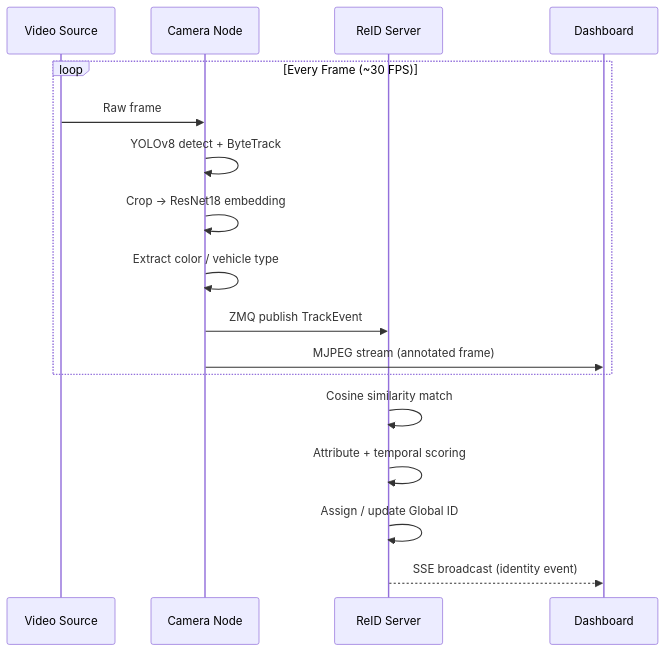
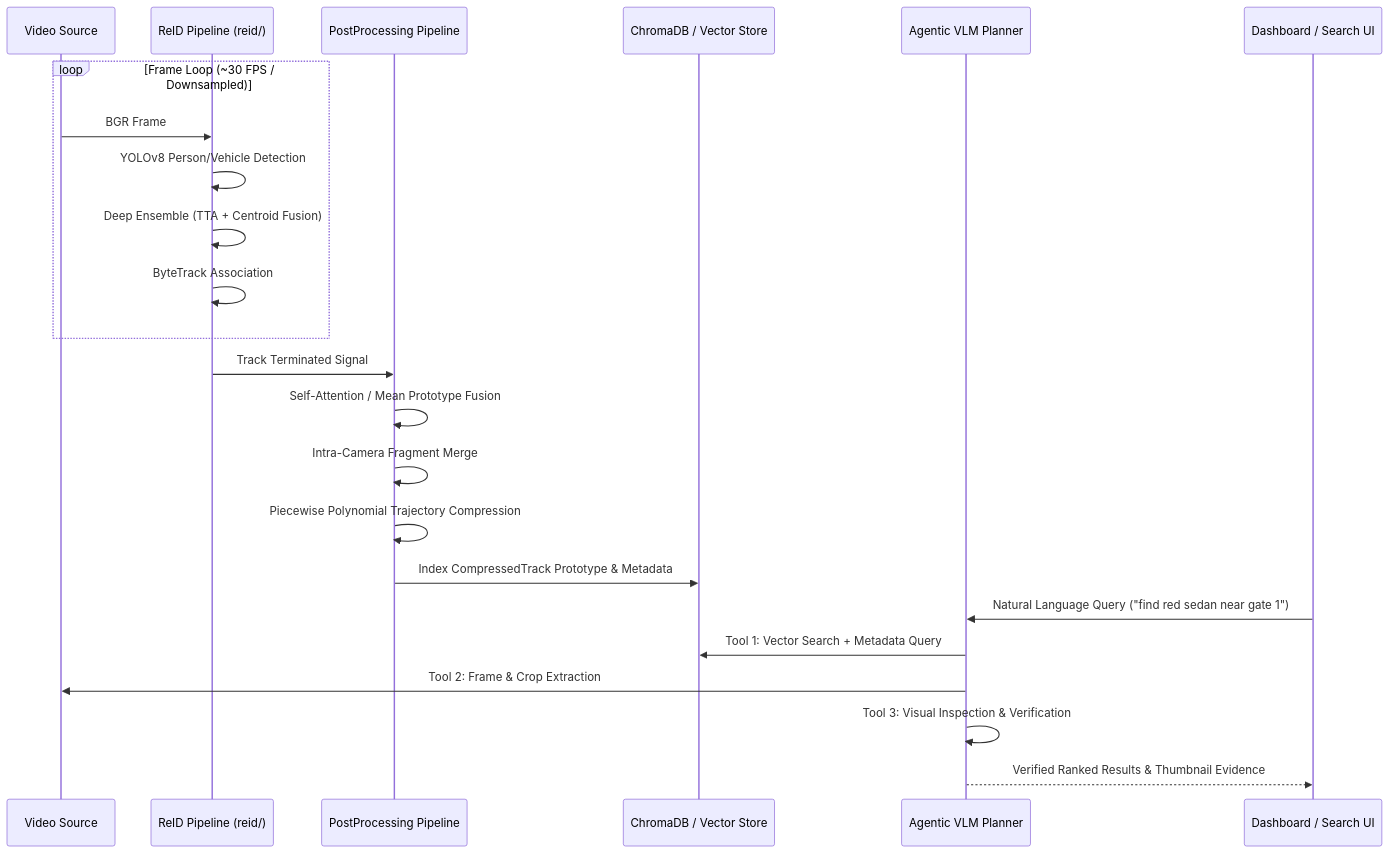
The second of 2 diagrams in README.md (arjunmnath/TrafficVizCore), drawn with Mermaid before and after one commit. The commit also changed other lines of this file and 15 other files, not shown here.

Commit message:
refactor query inference pipeline to be agentic

````diff
--- a/README.md
+++ b/README.md
@@ -41,21 +52,28 @@
 ```mermaid
 sequenceDiagram
     participant V as Video Source
-    participant C as Camera Node
-    participant R as ReID Server
-    participant D as Dashboard
+    participant P as ReID Pipeline (reid/)
+    participant PP as PostProcessing Pipeline
+    participant DB as ChromaDB / Vector Store
+    participant AG as Agentic VLM Planner
+    participant UI as Dashboard / Search UI
 
-    loop Every Frame (~30 FPS)
-        V->>C: Raw frame
-        C->>C: YOLOv8 detect + ByteTrack
-        C->>C: Crop → ResNet18 embedding
-        C->>C: Extract color / vehicle type
-        C->>R: ZMQ publish TrackEvent
-        C->>D: MJPEG stream (annotated frame)
+    loop Frame Loop (~30 FPS / Downsampled)
+        V->>P: BGR Frame
+        P->>P: YOLOv8 Person/Vehicle Detection
+        P->>P: Deep Ensemble (TTA + Centroid Fusion)
+        P->>P: ByteTrack Association
     end
 
-    R->>R: Cosine similarity match
-    R->>R: Attribute + temporal scoring
-    R->>R: Assign / update Global ID
-    R-->>D: SSE broadcast (identity event)
+    P->>PP: Track Terminated Signal
+    PP->>PP: Self-Attention / Mean Prototype Fusion
+    PP->>PP: Intra-Camera Fragment Merge
+    PP->>PP: Piecewise Polynomial Trajectory Compression
+    PP->>DB: Index CompressedTrack Prototype & Metadata
+    
+    UI->>AG: Natural Language Query ("find red sedan near gate 1")
+    AG->>DB: Tool 1: Vector Search + Metadata Query
+    AG->>V: Tool 2: Frame & Crop Extraction
+    AG->>AG: Tool 3: Visual Inspection & Verification
+    AG-->>UI: Verified Ranked Results & Thumbnail Evidence
 ```
````
